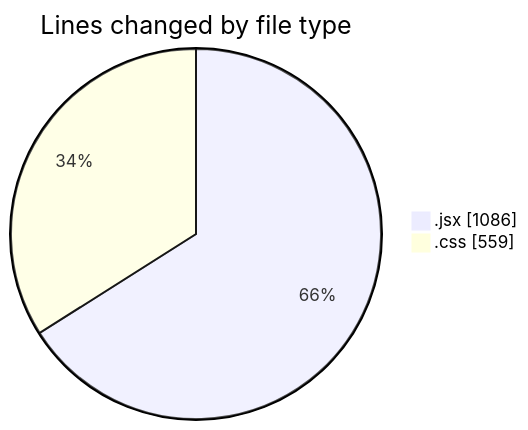
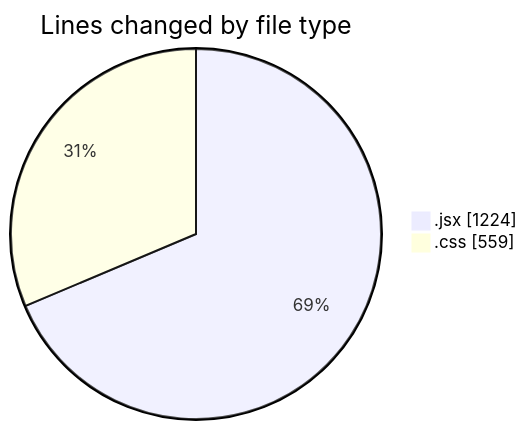
The first of 2 diagrams in 2025-05-08/react/README.md (BS-eng2023/code-tracking), drawn with Mermaid before and after one commit. The commit also changed other lines of this file and 1 other file, not shown here.

````diff
--- a/2025-05-08/react/README.md
+++ b/2025-05-08/react/README.md
@@ -29,6 +31,6 @@
 ```mermaid
 pie showData
 title Lines changed by file type
-".jsx" : 1086
+".jsx" : 1224
 ".css" : 559
 ```
````
